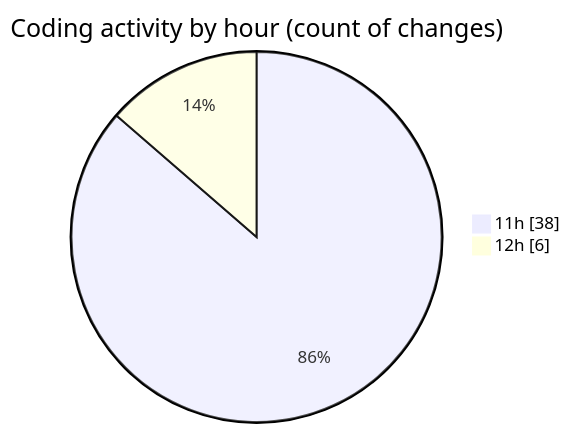
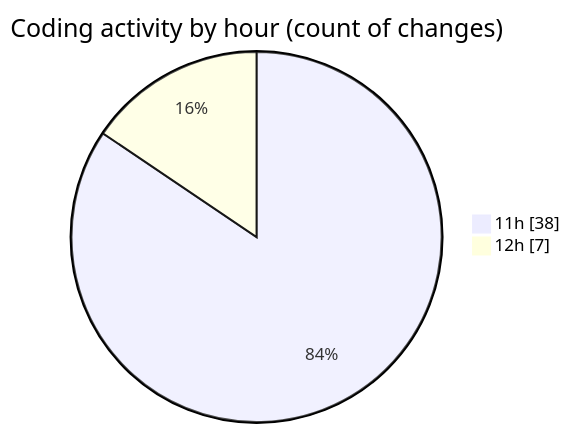
Before and after one commit to momahboobian/code-tracking: the second of 2 diagrams in 2026-03-19/commonwealth-front-end-task/README.md, drawn with Mermaid. The commit also changed other lines of this file and 1 other file, not shown here.

````diff
--- a/2026-03-19/commonwealth-front-end-task/README.md
+++ b/2026-03-19/commonwealth-front-end-task/README.md
@@ -36,6 +37,6 @@
 ```mermaid
 pie showData
 title Coding activity by hour (count of changes)
 "11h" : 38
-"12h" : 6
+"12h" : 7
 ```
````
